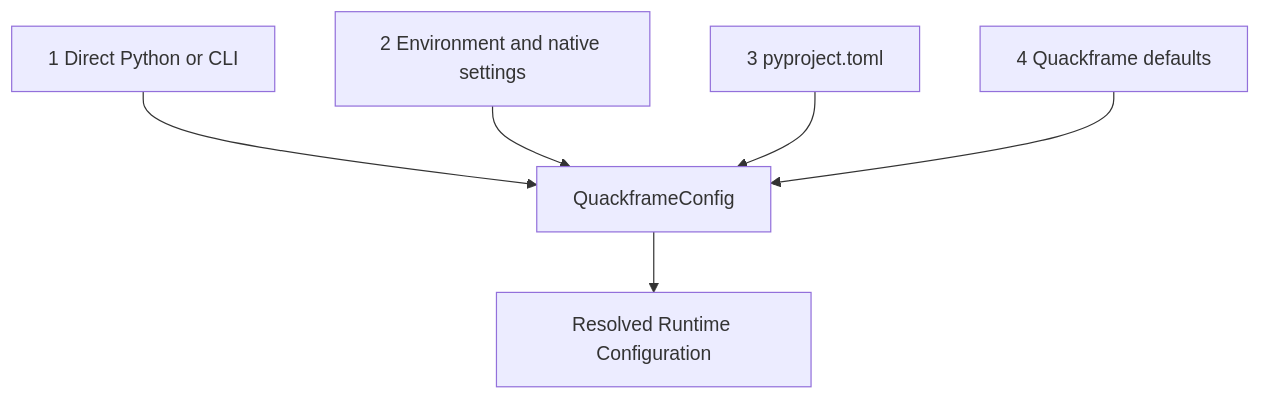
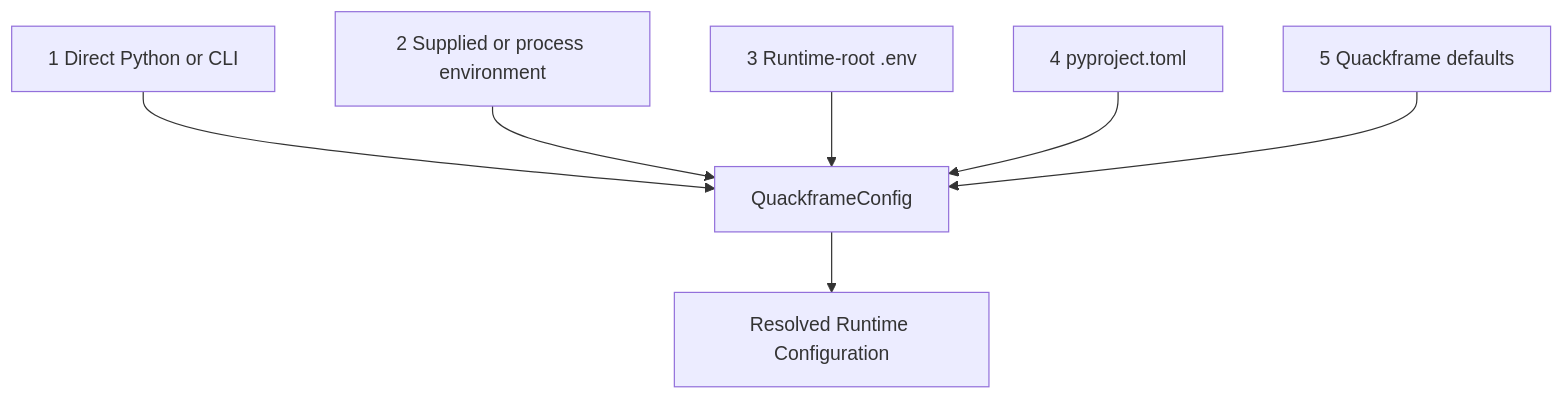
Before and after one commit to maitdevptyltd/quackframe: the diagram in docs/configuration.md, drawn with Mermaid. The commit also changed other lines of this file and 11 other files, not shown here.

````diff
--- a/docs/configuration.md
+++ b/docs/configuration.md
@@ -185,8 +202,9 @@
 ```mermaid
 flowchart TD
   Direct[1 Direct Python or CLI] --> Model[QuackframeConfig]
-  Environment[2 Environment and native settings] --> Model
-  TOML[3 pyproject.toml] --> Model
-  Defaults[4 Quackframe defaults] --> Model
+  Environment[2 Supplied or process environment] --> Model
+  Dotenv[3 Runtime-root .env] --> Model
+  TOML[4 pyproject.toml] --> Model
+  Defaults[5 Quackframe defaults] --> Model
   Model --> Runtime[Resolved Runtime Configuration]
 ```
````
